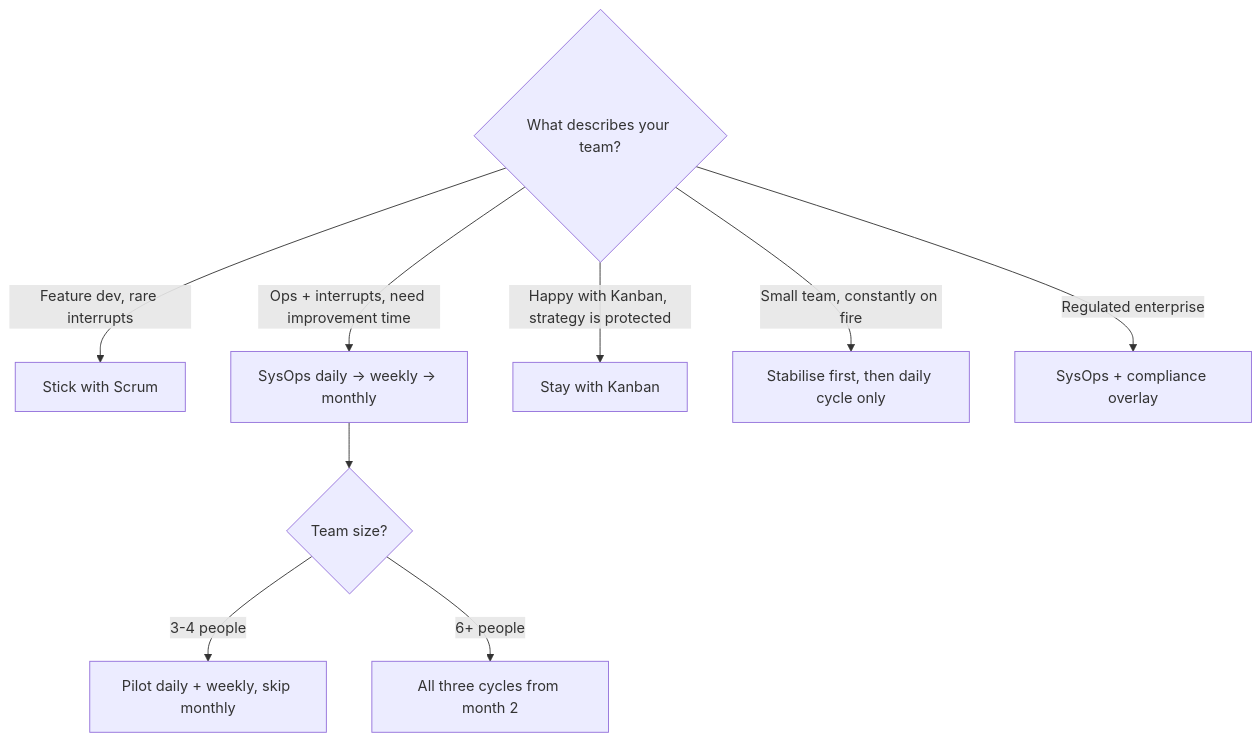
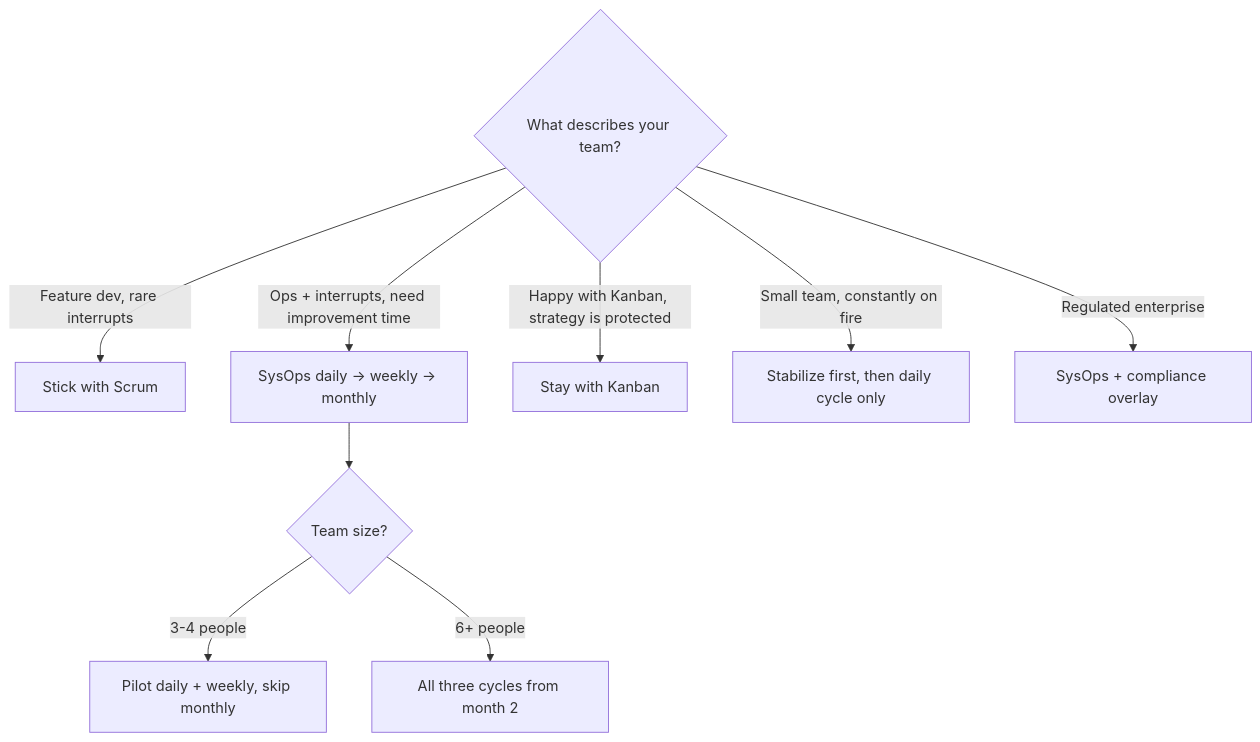
One commit to g3rhard/sysops-framework changed the first of 2 diagrams in content/docs/chapter-04-comparison.md. Above: the diagram before and after it, drawn with Mermaid. The commit also changed other lines of this file and 41 other files, not shown here.

````diff
--- a/content/docs/chapter-04-comparison.md
+++ b/content/docs/chapter-04-comparison.md
@@ -44,12 +35,12 @@
 ```mermaid
 flowchart TD
     Q{What describes your team?}
     Q -->|Feature dev, rare interrupts| A[Stick with Scrum]
     Q -->|Ops + interrupts, need improvement time| B[SysOps daily → weekly → monthly]
     Q -->|Happy with Kanban, strategy is protected| C[Stay with Kanban]
-    Q -->|Small team, constantly on fire| D[Stabilise first, then daily cycle only]
+    Q -->|Small team, constantly on fire| D[Stabilize first, then daily cycle only]
     Q -->|Regulated enterprise| E[SysOps + compliance overlay]
     B --> F{Team size?}
     F -->|3-4 people| G[Pilot daily + weekly, skip monthly]
     F -->|6+ people| H[All three cycles from month 2]
 ```
````
